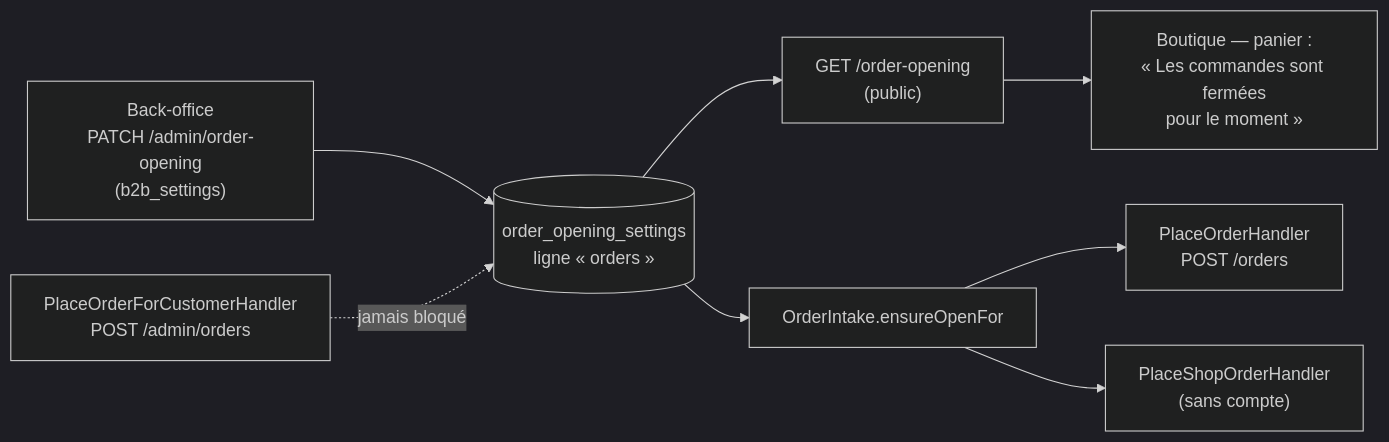
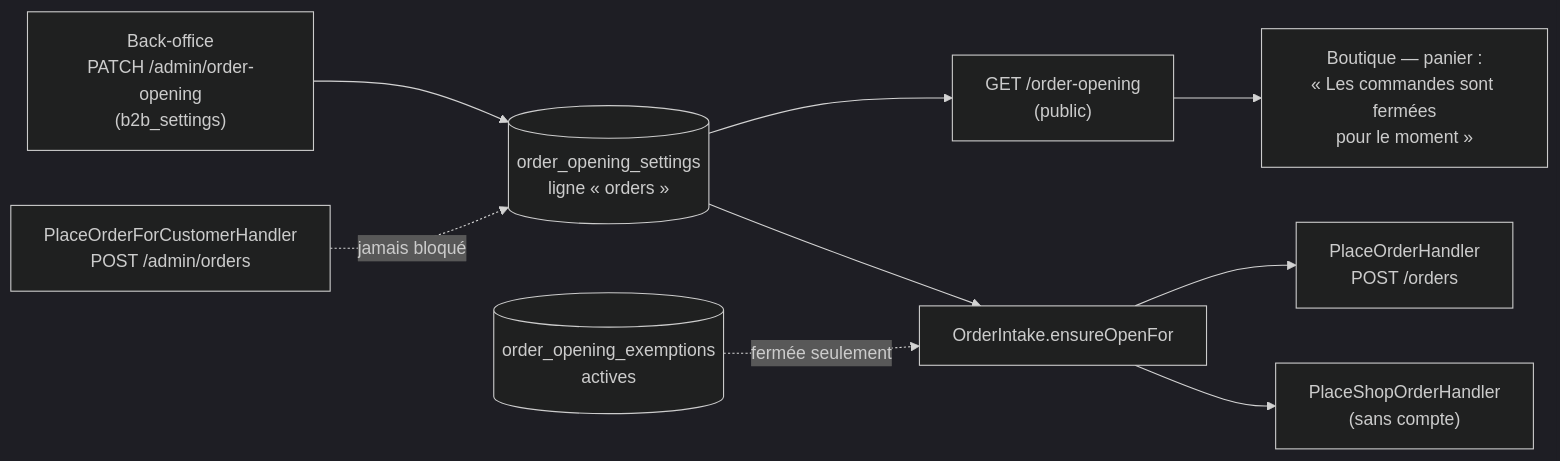
Before and after one commit to hugoheynard/lfd: the diagram in documentation/commandes/passation/ouverture-de-la-boutique.md, drawn with Mermaid (dark theme). The commit also changed other lines of this file and 49 other files, not shown here.

````diff
--- a/documentation/commandes/passation/ouverture-de-la-boutique.md
+++ b/documentation/commandes/passation/ouverture-de-la-boutique.md
@@ -30,9 +35,10 @@
 ```mermaid
 flowchart LR
   BO["Back-office<br/>PATCH /admin/order-opening<br/>(b2b_settings)"] --> T[(order_opening_settings<br/>ligne « orders »)]
   T --> R["GET /order-opening<br/>(public)"] --> S["Boutique — panier :<br/>« Les commandes sont fermées<br/>pour le moment »"]
   T --> I["OrderIntake.ensureOpenFor"]
+  E[(order_opening_exemptions<br/>actives)] -. "fermée seulement" .-> I
   I --> P1["PlaceOrderHandler<br/>POST /orders"]
   I --> P2["PlaceShopOrderHandler<br/>(sans compte)"]
   X["PlaceOrderForCustomerHandler<br/>POST /admin/orders"] -. "jamais bloqué" .-> T
 ```
````
